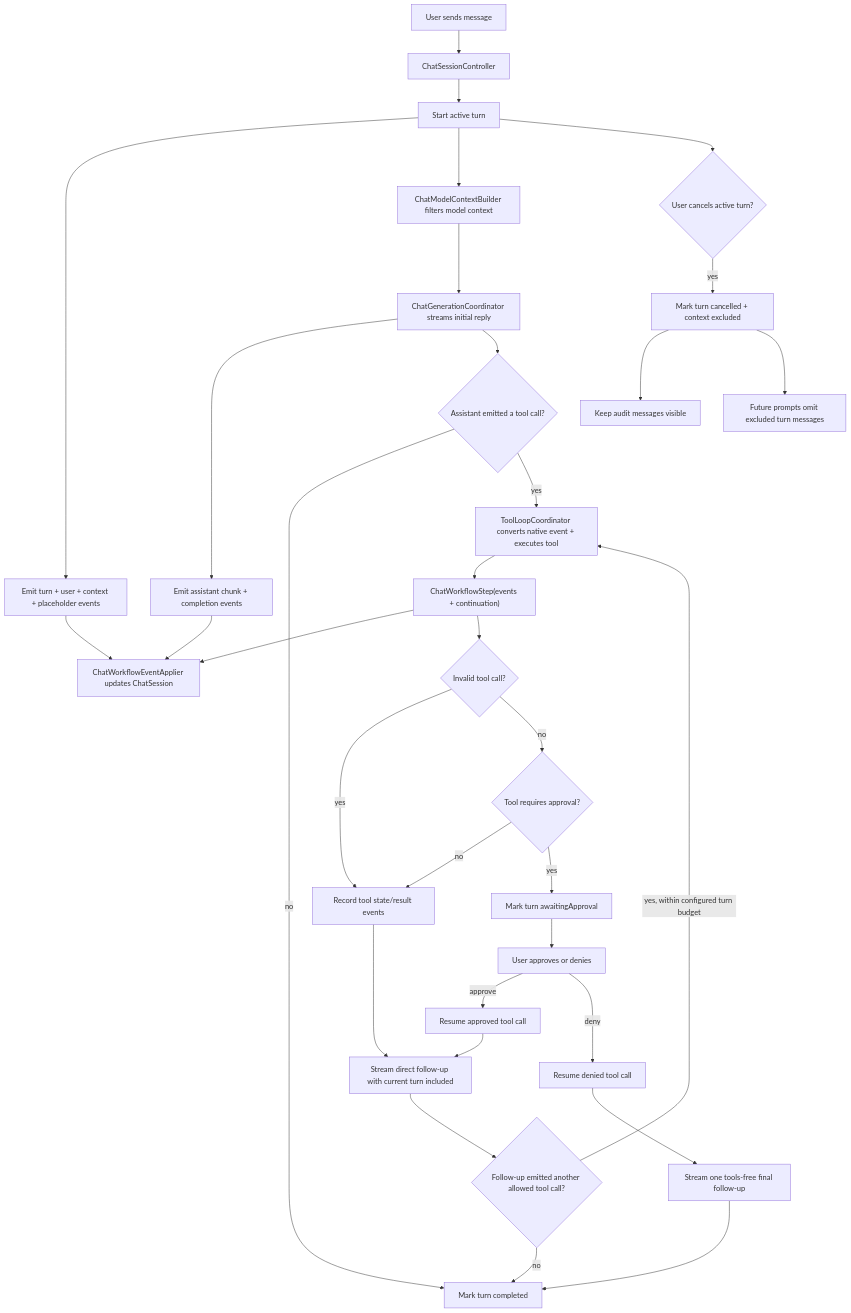
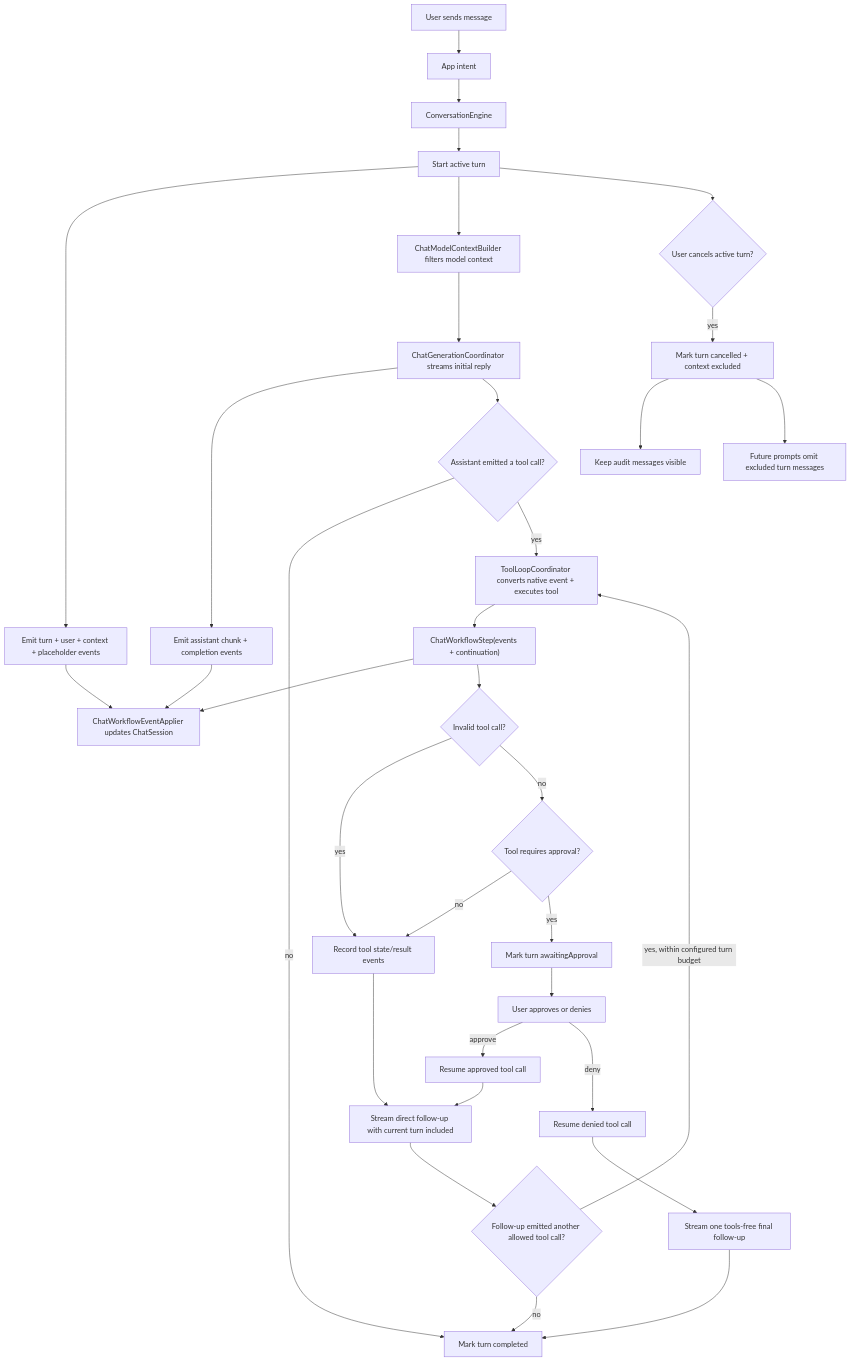
The diagram in docs/chat-runtime.md (ngutech21/sumika-chat), drawn with Mermaid before and after one commit. The commit also changed other lines of this file and 21 other files, not shown here.

First line of the commit message:
refactor: extract Conversation Engine

````diff
--- a/docs/chat-runtime.md
+++ b/docs/chat-runtime.md
@@ -10,35 +10,36 @@
 ```mermaid
 flowchart TD
-  A["User sends message"] --> B["ChatSessionController"]
-  B --> C["Start active turn"]
+  A["User sends message"] --> B["App intent"]
+  B --> CE["ConversationEngine"]
+  CE --> C["Start active turn"]
   C --> D["Emit turn + user + context + placeholder events"]
   D --> E["ChatWorkflowEventApplier updates ChatSession"]
   C --> F["ChatModelContextBuilder filters model context"]
   F --> G["ChatGenerationCoordinator streams initial reply"]
   G --> Y["Emit assistant chunk + completion events"]
   Y --> E
   G --> H{"Assistant emitted a tool call?"}
   H -- "no" --> I["Mark turn completed"]
   H -- "yes" --> J["ToolLoopCoordinator converts native event + executes tool"]
   J --> W["ChatWorkflowStep(events + continuation)"]
   W --> E
   W --> V{"Invalid tool call?"}
   V -- "yes" --> L
   V -- "no" --> K{"Tool requires approval?"}
   K -- "no" --> L["Record tool state/result events"]
   L --> Q["Stream direct follow-up with current turn included"]
   Q --> U{"Follow-up emitted another allowed tool call?"}
   U -- "yes, within configured turn budget" --> J
   U -- "no" --> I
   K -- "yes" --> R["Mark turn awaitingApproval"]
   R --> S["User approves or denies"]
   S -- "approve" --> T["Resume approved tool call"]
   T --> Q
   S -- "deny" --> Z["Resume denied tool call"]
   Z --> ZF["Stream one tools-free final follow-up"]
   ZF --> I
   C --> M{"User cancels active turn?"}
   M -- "yes" --> N["Mark turn cancelled + context excluded"]
   N --> O["Keep audit messages visible"]
   N --> P["Future prompts omit excluded turn messages"]
 ```
````
